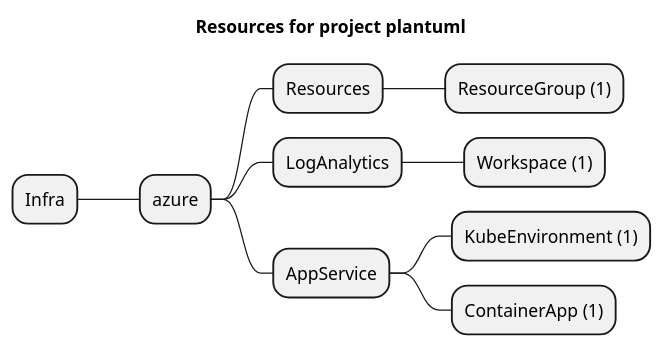
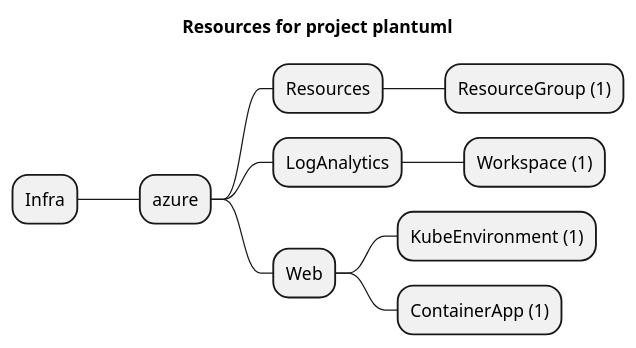
One commit to grucloud/grucloud changed the diagram in examples/azure/container-apps/plantuml/artifacts/resources-mindmap.puml. Above: the diagram before and after it, drawn with PlantUML. The commit also changed 38 other files, not shown here.

```diff
--- a/examples/azure/container-apps/plantuml/artifacts/resources-mindmap.puml
+++ b/examples/azure/container-apps/plantuml/artifacts/resources-mindmap.puml
@@ -1,13 +1,13 @@
 @startmindmap
 title Resources for project plantuml
 skinparam monochrome true
 + Infra
 ++ azure
 +++ Resources
 ++++ ResourceGroup (1)
 +++ LogAnalytics
 ++++ Workspace (1)
-+++ AppService
++++ Web
 ++++ KubeEnvironment (1)
 ++++ ContainerApp (1)
 @endmindmap
```
